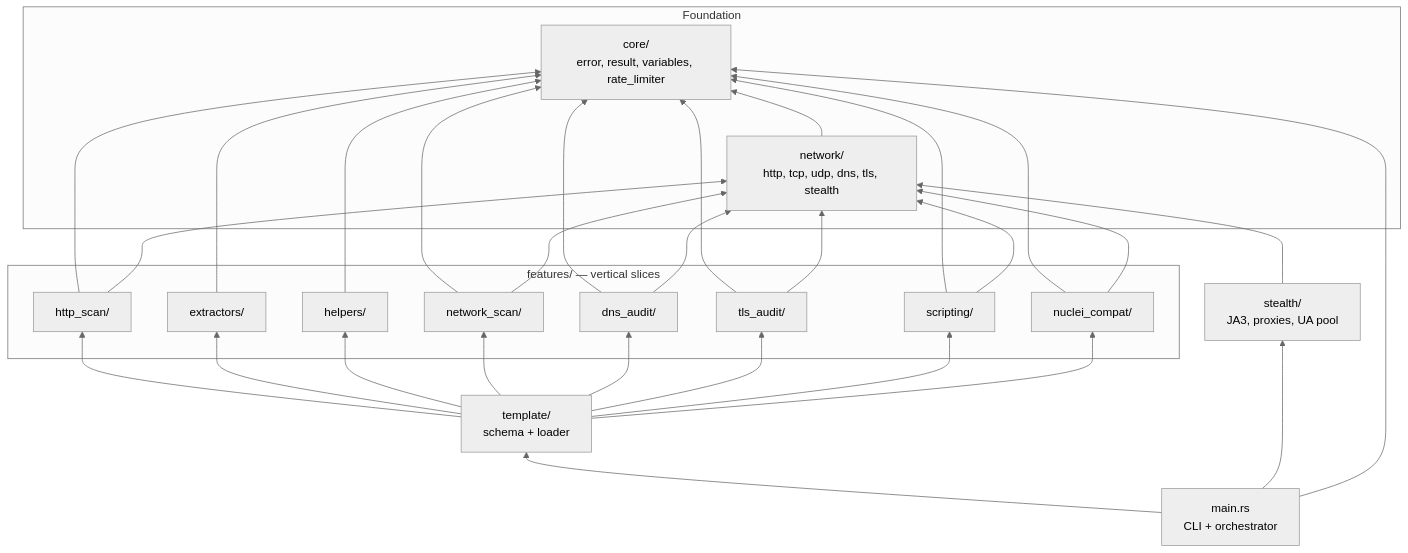
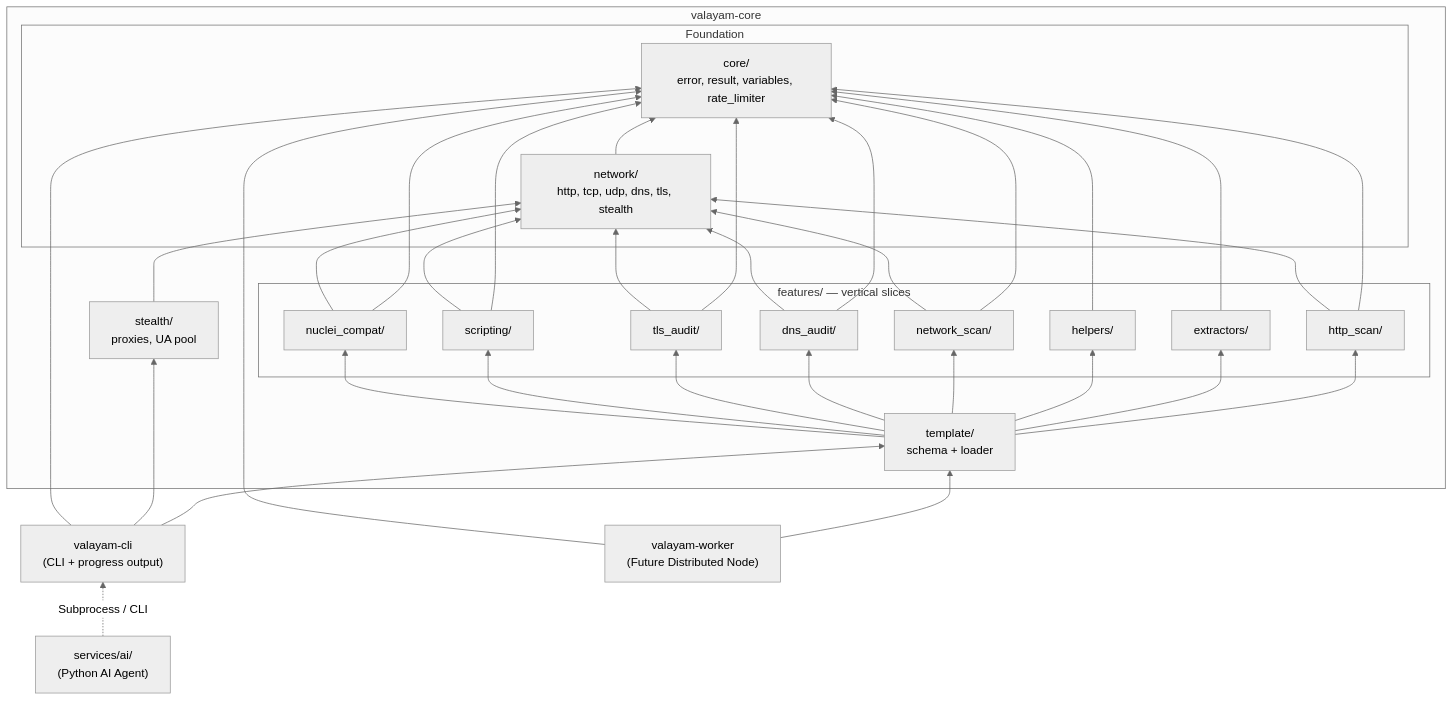
The diagram in architecture.md (1dveeran/valayam), drawn with Mermaid (neutral theme) before and after one commit. The commit also changed other lines of this file and 67 other files, not shown here.

Commit message:
feat: add user agent stealth configuration and update AI service dependencies, created examples to test the templates

````diff
--- a/architecture.md
+++ b/architecture.md
@@ -87,53 +40,63 @@
 ```mermaid
 graph BT
-    subgraph Foundation
-        Core["core/<br/>error, result, variables, rate_limiter"]
-        Network["network/<br/>http, tcp, udp, dns, tls, stealth"]
+    subgraph Core["valayam-core"]
+        subgraph Foundation
+            CoreData["core/<br/>error, result, variables, rate_limiter"]
+            Network["network/<br/>http, tcp, udp, dns, tls, stealth"]
+        end
+
+        subgraph Slices["features/ — vertical slices"]
+            HTTP["http_scan/"]
+            Extract["extractors/"]
+            Helpers["helpers/"]
+            NetScan["network_scan/"]
+            DNS["dns_audit/"]
+            TLS["tls_audit/"]
+            Script["scripting/"]
+            Nuclei["nuclei_compat/"]
+        end
+
+        Stealth["stealth/<br/>proxies, UA pool"]
+        Template["template/<br/>schema + loader"]
     end
 
-    subgraph Slices["features/ — vertical slices"]
-        HTTP["http_scan/"]
-        Extract["extractors/"]
-        Helpers["helpers/"]
-        NetScan["network_scan/"]
-        DNS["dns_audit/"]
-        TLS["tls_audit/"]
-        Script["scripting/"]
-        Nuclei["nuclei_compat/"]
-    end
+    CLI["valayam-cli<br/>(CLI + progress output)"]
+    Worker["valayam-worker<br/>(Future Distributed Node)"]
+    AIAgent["services/ai/<br/>(Python AI Agent)"]
 
-    Stealth["stealth/<br/>JA3, proxies, UA pool"]
-    Template["template/<br/>schema + loader"]
-    Main["main.rs<br/>CLI + orchestrator"]
-
-    Network --> Core
+    Network --> CoreData
     Stealth --> Network
 
-    HTTP --> Core
+    HTTP --> CoreData
     HTTP --> Network
-    Extract --> Core
-    Helpers --> Core
-    NetScan --> Core
+    Extract --> CoreData
+    Helpers --> CoreData
+    NetScan --> CoreData
     NetScan --> Network
-    DNS --> Core
+    DNS --> CoreData
     DNS --> Network
-    TLS --> Core
+    TLS --> CoreData
     TLS --> Network
-    Script --> Core
+    Script --> CoreData
     Script --> Network
-    Nuclei --> Core
+    Nuclei --> CoreData
     Nuclei --> Network
 
     Template --> HTTP
     Template --> Extract
     Template --> Helpers
     Template --> NetScan
     Template --> DNS
     Template --> TLS
     Template --> Script
     Template --> Nuclei
 
-    Main --> Template
-    Main --> Stealth
-    Main --> Core
+    CLI --> Template
+    CLI --> Stealth
+    CLI --> CoreData
+
+    Worker --> Template
+    Worker --> CoreData
+
+    AIAgent -.->|Subprocess / CLI| CLI
 ```
````
